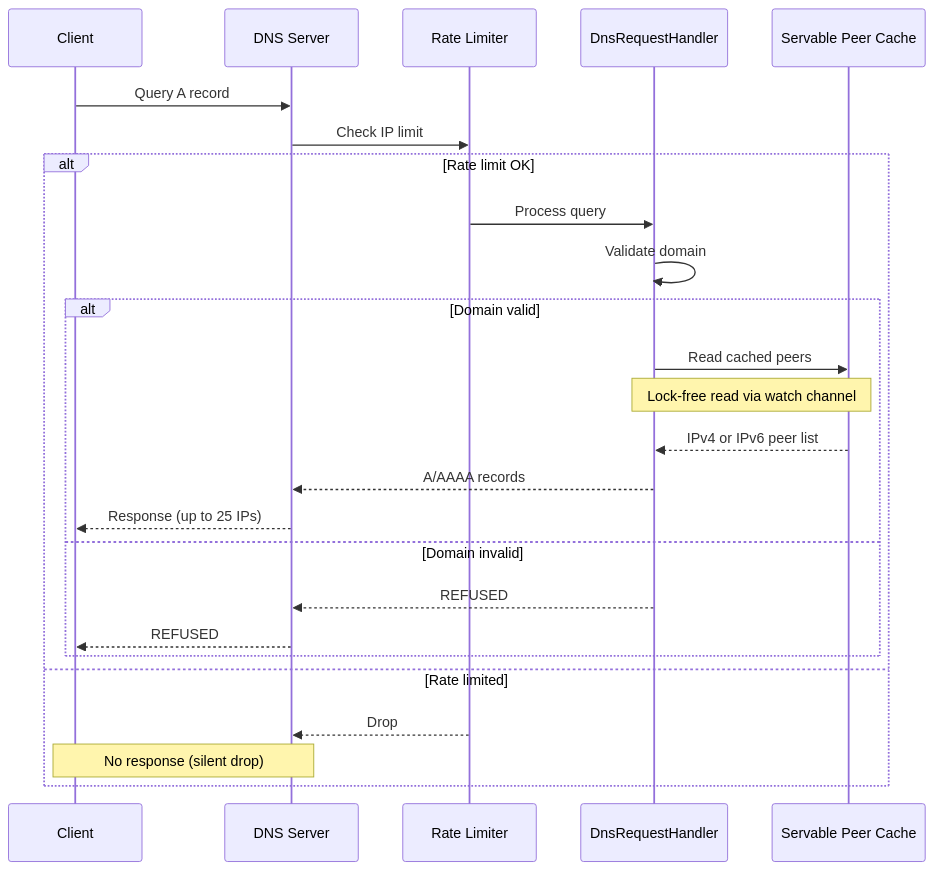
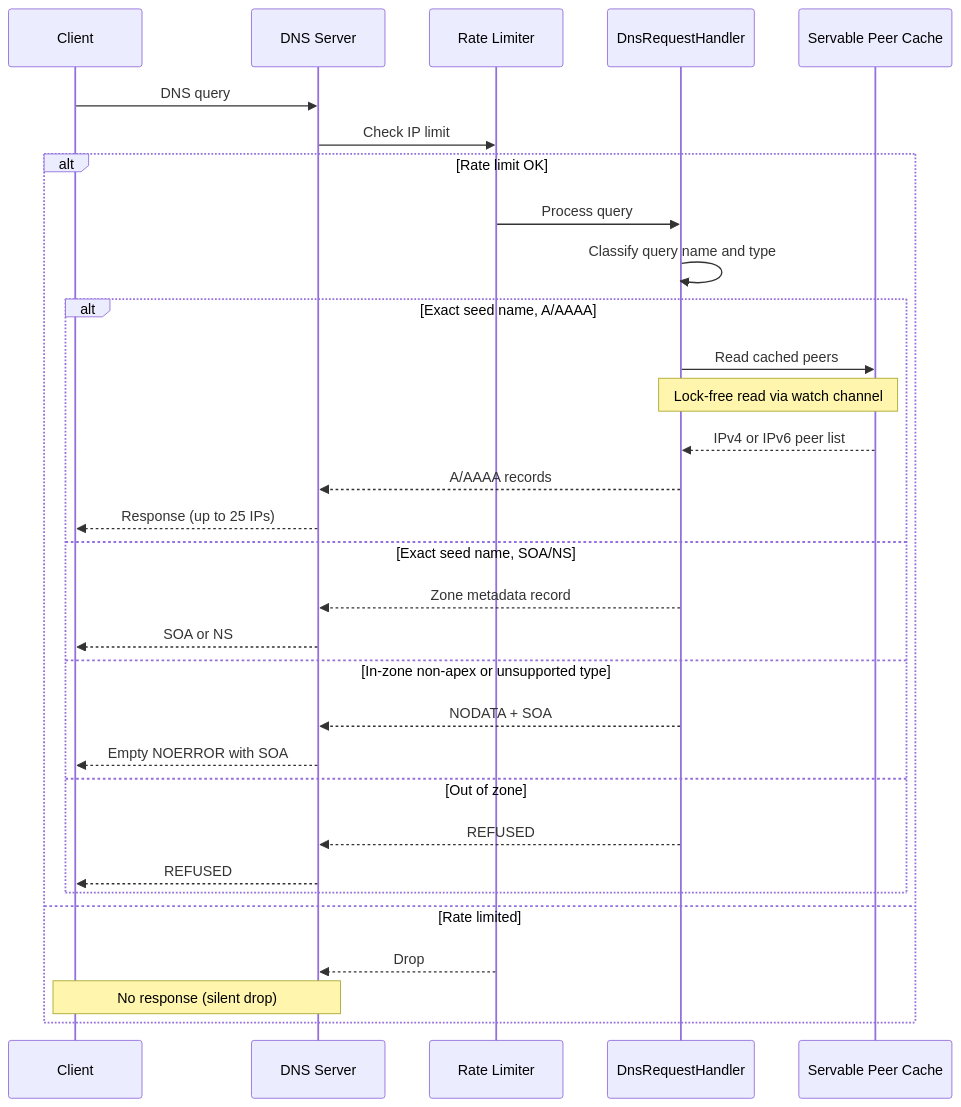
Before and after one commit to ZcashFoundation/zeeder: the second of 4 diagrams in docs/architecture.md, drawn with Mermaid. The commit also changed other lines of this file and 8 other files, not shown here.

````diff
--- a/docs/architecture.md
+++ b/docs/architecture.md
@@ -44,22 +46,28 @@
 ```mermaid
 sequenceDiagram
-    Client->>DNS Server: Query A record
+    Client->>DNS Server: DNS query
     DNS Server->>Rate Limiter: Check IP limit
     alt Rate limit OK
         Rate Limiter->>DnsRequestHandler: Process query
-        DnsRequestHandler->>DnsRequestHandler: Validate domain
-        alt Domain valid
+        DnsRequestHandler->>DnsRequestHandler: Classify query name and type
+        alt Exact seed name, A/AAAA
             DnsRequestHandler->>Servable Peer Cache: Read cached peers
             Note over DnsRequestHandler,Servable Peer Cache: Lock-free read via watch channel
             Servable Peer Cache-->>DnsRequestHandler: IPv4 or IPv6 peer list
             DnsRequestHandler-->>DNS Server: A/AAAA records
             DNS Server-->>Client: Response (up to 25 IPs)
-        else Domain invalid
+        else Exact seed name, SOA/NS
+            DnsRequestHandler-->>DNS Server: Zone metadata record
+            DNS Server-->>Client: SOA or NS
+        else In-zone non-apex or unsupported type
+            DnsRequestHandler-->>DNS Server: NODATA + SOA
+            DNS Server-->>Client: Empty NOERROR with SOA
+        else Out of zone
             DnsRequestHandler-->>DNS Server: REFUSED
             DNS Server-->>Client: REFUSED
         end
     else Rate limited
         Rate Limiter-->>DNS Server: Drop
         Note over Client,DNS Server: No response (silent drop)
     end
 ```
````
